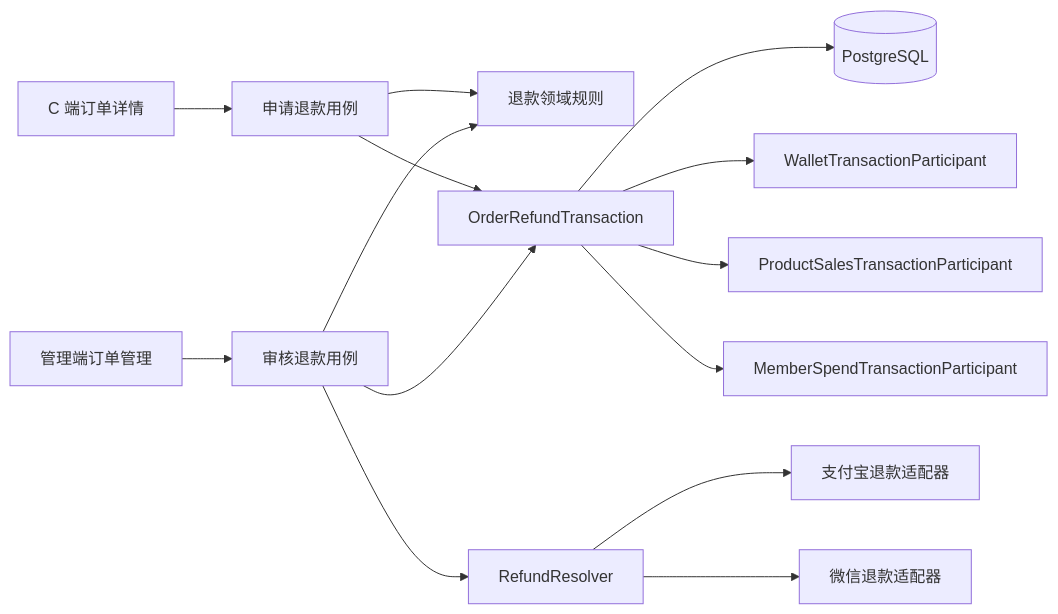
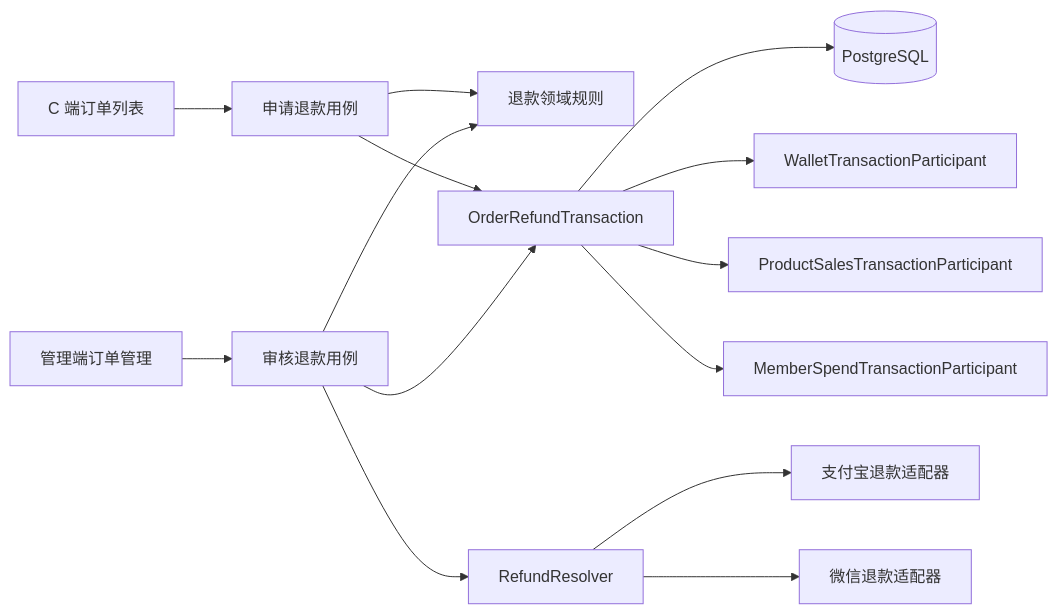
Before and after one commit to yiting001/E-sports-01: the first of 5 diagrams in docs/order-refund.md, drawn with Mermaid. The commit also changed other lines of this file and 4 other files, not shown here.

````diff
--- a/docs/order-refund.md
+++ b/docs/order-refund.md
@@ -67,16 +67,16 @@
 ```mermaid
 flowchart LR
-  Client["C 端订单详情"] --> Request["申请退款用例"]
+  Client["C 端订单列表"] --> Request["申请退款用例"]
   Admin["管理端订单管理"] --> Review["审核退款用例"]
   Request --> Rules["退款领域规则"]
   Review --> Rules
   Request --> Tx["OrderRefundTransaction"]
   Review --> Tx
   Review --> Resolver["RefundResolver"]
   Resolver --> Ali["支付宝退款适配器"]
   Resolver --> Wechat["微信退款适配器"]
   Tx --> PG[(PostgreSQL)]
   Tx --> Wallet["WalletTransactionParticipant"]
   Tx --> Product["ProductSalesTransactionParticipant"]
   Tx --> Member["MemberSpendTransactionParticipant"]
 ```
````
